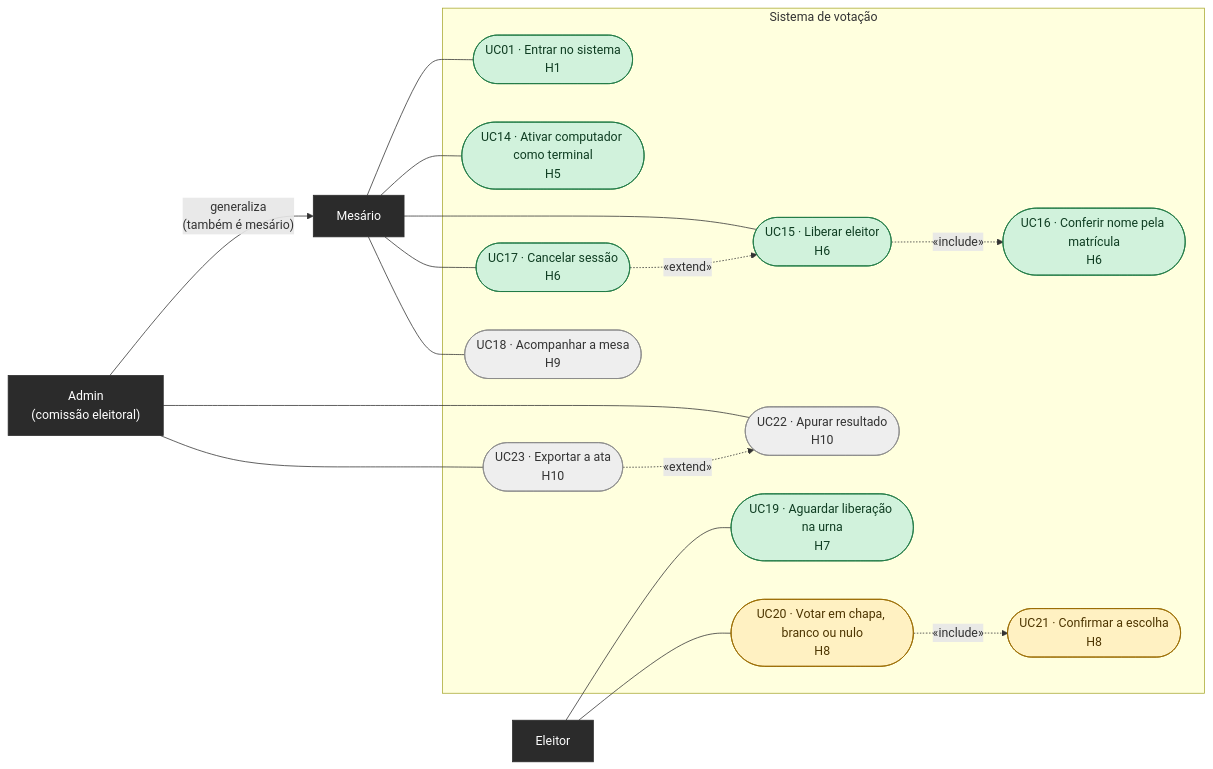
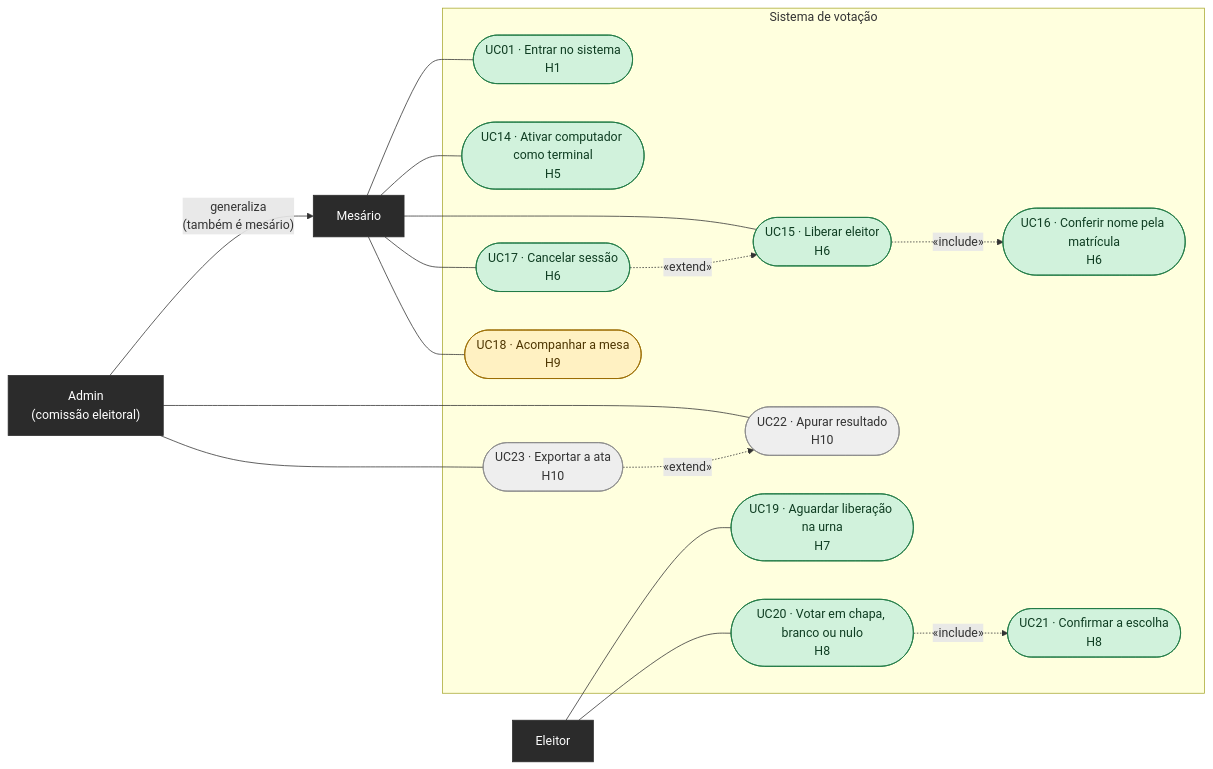
Before and after one commit to prof-ronildo-unicatolica/votacao-digitech: the third of 10 diagrams in docs/DIAGRAMAS.md, drawn with Mermaid. The commit also changed other lines of this file and 8 other files, not shown here.

````diff
--- a/docs/DIAGRAMAS.md
+++ b/docs/DIAGRAMAS.md
@@ -81,44 +81,45 @@
 ```mermaid
 flowchart LR
     ADM["Admin<br/>(comissão eleitoral)"]:::ator
     MES["Mesário"]:::ator
     ELE["Eleitor"]:::ator
     ADM -- "generaliza<br/>(também é mesário)" --> MES
 
     subgraph SIS["Sistema de votação"]
         UC01(["UC01 · Entrar no sistema<br/>H1"])
         UC14(["UC14 · Ativar computador como terminal<br/>H5"])
         UC15(["UC15 · Liberar eleitor<br/>H6"])
         UC16(["UC16 · Conferir nome pela matrícula<br/>H6"])
         UC17(["UC17 · Cancelar sessão<br/>H6"])
         UC18(["UC18 · Acompanhar a mesa<br/>H9"])
         UC19(["UC19 · Aguardar liberação na urna<br/>H7"])
         UC20(["UC20 · Votar em chapa, branco ou nulo<br/>H8"])
         UC21(["UC21 · Confirmar a escolha<br/>H8"])
         UC22(["UC22 · Apurar resultado<br/>H10"])
         UC23(["UC23 · Exportar a ata<br/>H10"])
     end
 
     MES --- UC01
     MES --- UC14
     MES --- UC15
     MES --- UC17
     MES --- UC18
     ELE --- UC19
     ELE --- UC20
     ADM --- UC22
     ADM --- UC23
 
     UC15 -. "«include»" .-> UC16
     UC17 -. "«extend»" .-> UC15
     UC20 -. "«include»" .-> UC21
     UC23 -. "«extend»" .-> UC22
 
     class UC01,UC14,UC15,UC16,UC17,UC19 feito
-    class UC20,UC21 revisao
-    class UC18,UC22,UC23 afazer
+    class UC20,UC21 feito
+    class UC18 revisao
+    class UC22,UC23 afazer
     classDef ator fill:#2b2b2b,stroke:#2b2b2b,color:#ffffff
     classDef feito fill:#d1f2dc,stroke:#1e7a44,color:#0f3d22
     classDef revisao fill:#fff1c2,stroke:#9a6b00,color:#4d3500
     classDef afazer fill:#eeeeee,stroke:#8a8a8a,color:#333333
 ```
````
